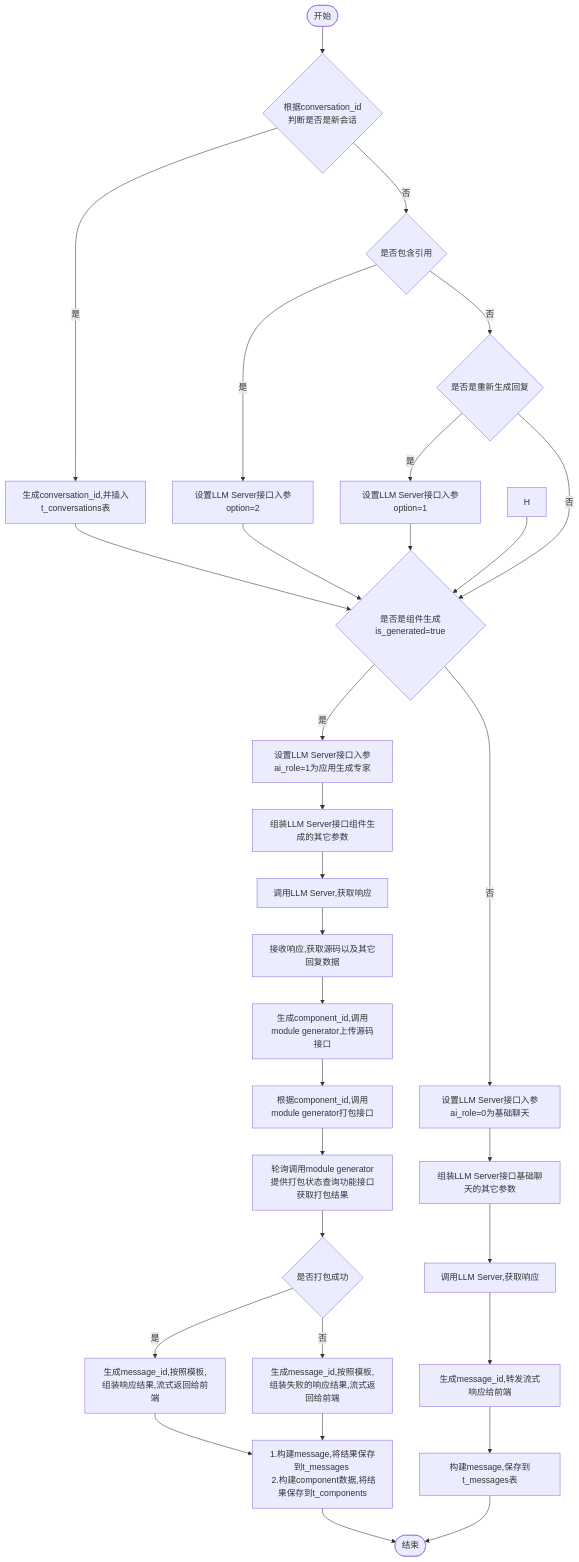
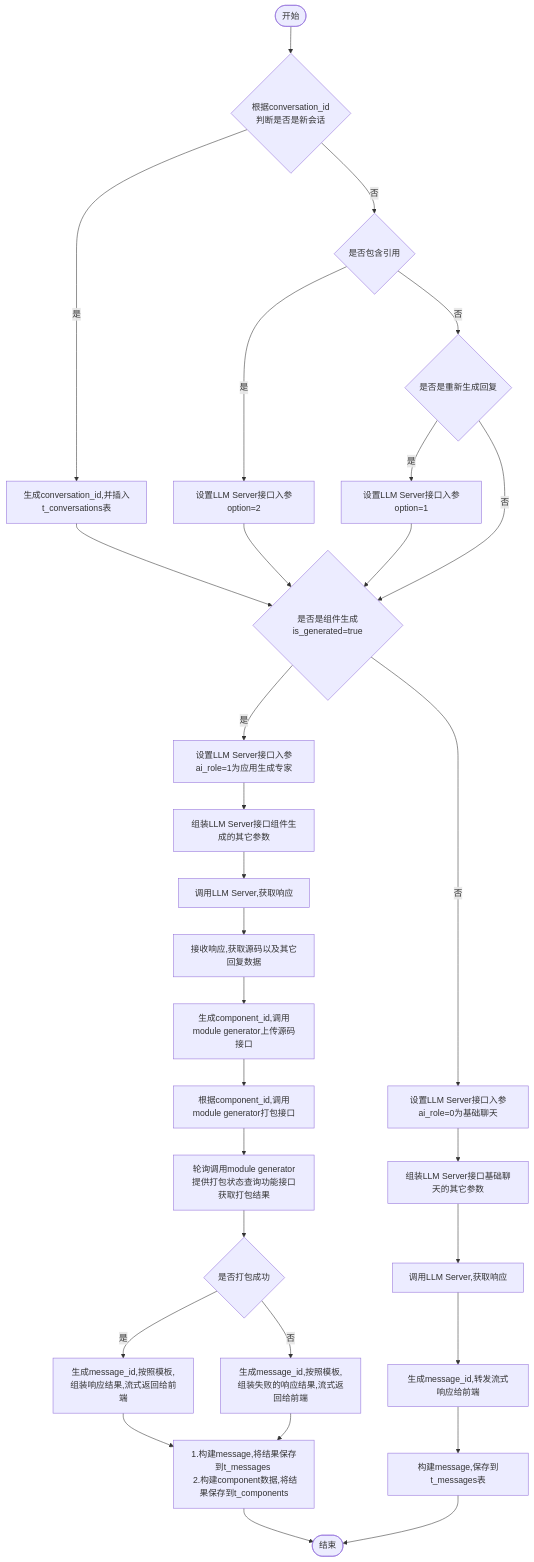
One commit to yingjianzh/iodraw-files changed the diagram in all/w3-会话-不需要传递message.md. Above: the diagram before and after it, drawn with Mermaid.

Commit message:
2024-10-14 11:11:41 update

````diff
--- a/all/w3-会话-不需要传递message.md
+++ b/all/w3-会话-不需要传递message.md
@@ -1,35 +1,35 @@
 ```mermaid
 flowchart TD
     A([开始]) --> B{根据conversation_id \n 判断是否是新会话}
     B -- 是 --> C[生成conversation_id,并插入t_conversations表]
     B -- 否 --> D{是否包含引用}
     D -- 是 --> E[设置LLM Server接口入参option=2]
     D -- 否 --> F{是否是重新生成回复}
     F -- 是 --> G[设置LLM Server接口入参option=1]
     F -- 否 --> I
      
-    C & E & G & H --> I{是否是组件生成is_generated=true}
+    C & E & G --> I{是否是组件生成is_generated=true}
     I -- 是 --> J[设置LLM Server接口入参ai_role=1为应用生成专家]
     I -- 否 --> K[设置LLM Server接口入参ai_role=0为基础聊天]
 
 
     J --> L[组装LLM Server接口组件生成的其它参数]    
     K --> M[组装LLM Server接口基础聊天的其它参数]    
     M --> N[调用LLM Server,获取响应]    
     N --> O[生成message_id,转发流式响应给前端]
     O --> P[构建message,保存到t_messages表]
     P --> R([结束])
 
 
     L --> S[调用LLM Server,获取响应]
     S --> T[接收响应,获取源码以及其它回复数据]
     T --> U[生成component_id,调用module generator上传源码接口]
     U --> V[根据component_id,调用module generator打包接口]
     V --> W[轮询调用module generator提供打包状态查询功能接口获取打包结果]
     W --> X{是否打包成功}
     X -- 是 --> Y[生成message_id,按照模板,组装响应结果,流式返回给前端]
     X -- 否 --> Z[生成message_id,按照模板,组装失败的响应结果,流式返回给前端]
 
     Y & Z --> Result[1.构建message,将结果保存到t_messages \n 2.构建component数据,将结果保存到t_components]
     Result --> R
 ```
````
